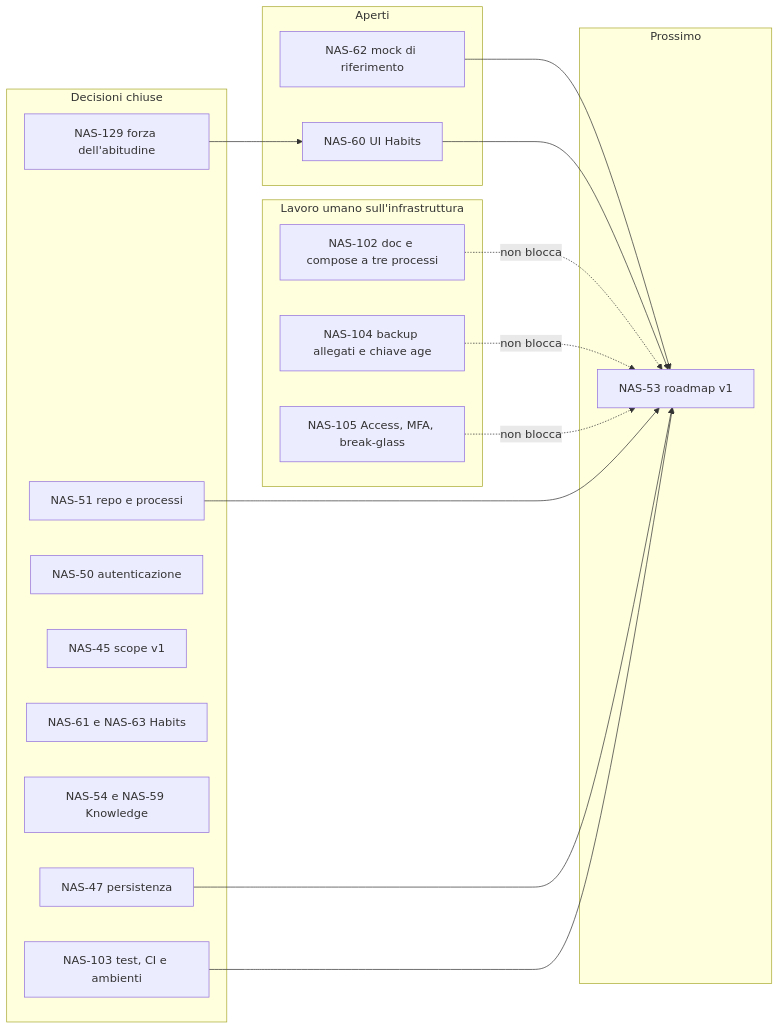
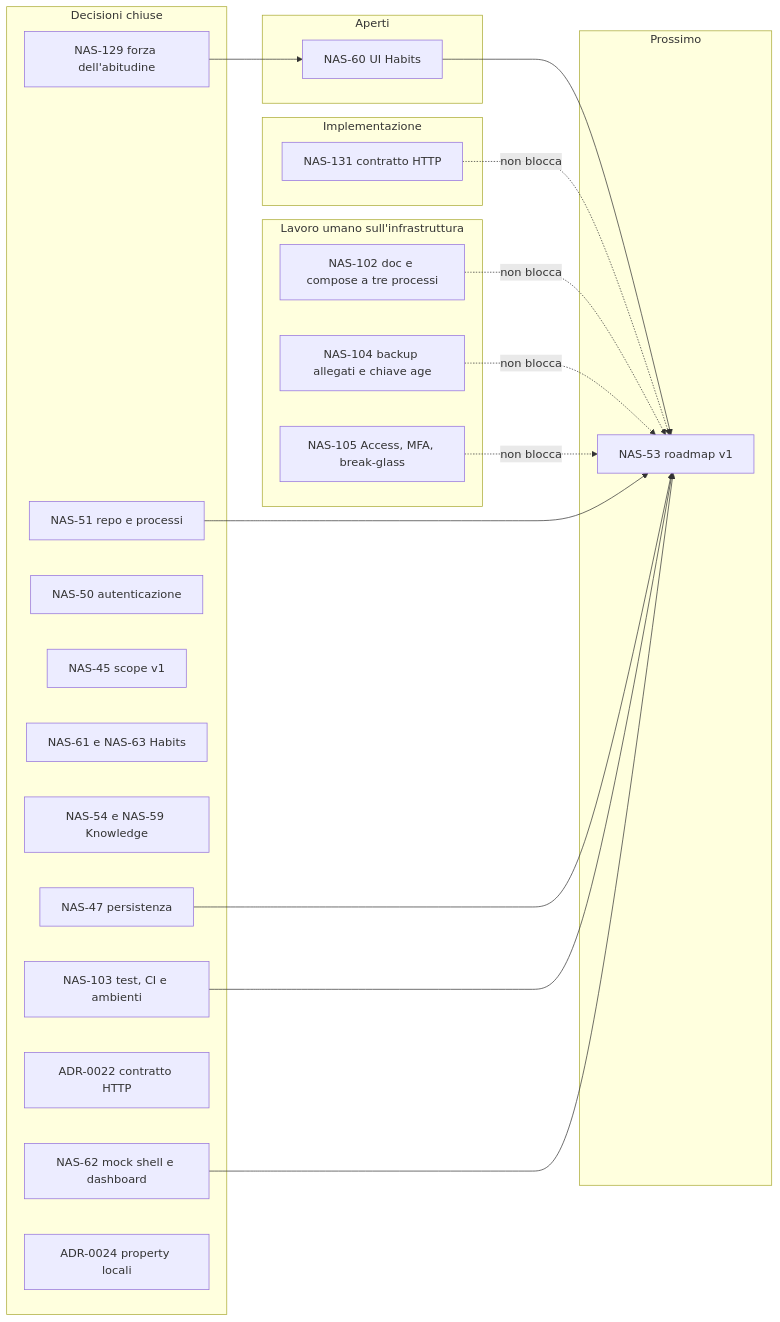
Diagram 23 of 23 in docs/architecture/diagrams.md (cgiovanni96/nando), drawn with Mermaid before and after one commit. The commit also changed other lines of this file and 13 other files, not shown here.

First line of the commit message:
docs: chiude NAS-62 con mock, ADR-0023 e ADR-0024

````diff
--- a/docs/architecture/diagrams.md
+++ b/docs/architecture/diagrams.md
@@ -852,38 +855,45 @@
 ```mermaid
 flowchart LR
     subgraph DONE["Decisioni chiuse"]
         D1["NAS-51 repo e processi"]
         D2["NAS-47 persistenza"]
         D3["NAS-50 autenticazione"]
         D4["NAS-45 scope v1"]
         D5["NAS-61 e NAS-63 Habits"]
         D6["NAS-54 e NAS-59 Knowledge"]
         D7["NAS-129 forza dell'abitudine"]
         D8["NAS-103 test, CI e ambienti"]
+        D9["ADR-0022 contratto HTTP"]
+        D10["NAS-62 mock shell e dashboard"]
+        D11["ADR-0024 property locali"]
     end
 
     subgraph OPEN["Aperti"]
-        O1["NAS-62 mock di riferimento"]
         O2["NAS-60 UI Habits"]
+    end
+
+    subgraph IMPL["Implementazione"]
+        I1["NAS-131 contratto HTTP"]
     end
 
     subgraph HUMAN["Lavoro umano sull'infrastruttura"]
         H1["NAS-102 doc e compose a tre processi"]
         H2["NAS-104 backup allegati e chiave age"]
         H3["NAS-105 Access, MFA, break-glass"]
     end
 
     subgraph NEXT["Prossimo"]
         R["NAS-53 roadmap v1"]
     end
 
-    O1 --> R
     O2 --> R
+    I1 -.->|"non blocca"| R
     H1 -.->|"non blocca"| R
     H2 -.->|"non blocca"| R
     H3 -.->|"non blocca"| R
     D1 --> R
     D2 --> R
     D7 --> O2
     D8 --> R
+    D10 --> R
 ```
````
